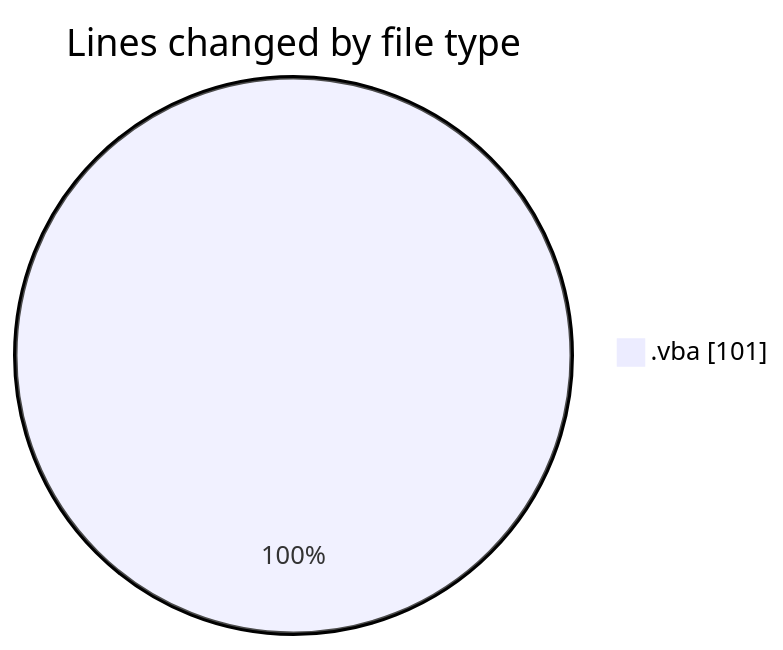
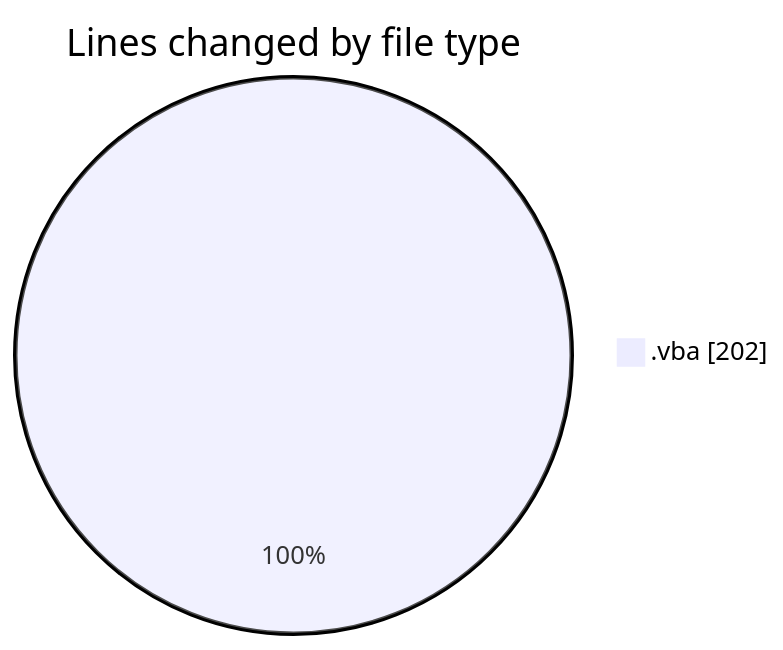
One commit to debugP/code-tracking changed the first of 2 diagrams in 2025-09-29/download/README.md. Above: the diagram before and after it, drawn with Mermaid. The commit also changed other lines of this file and 1 other file, not shown here.

````diff
--- a/2025-09-29/download/README.md
+++ b/2025-09-29/download/README.md
@@ -20,5 +21,5 @@
 ```mermaid
 pie showData
 title Lines changed by file type
-".vba" : 101
+".vba" : 202
 ```
````
